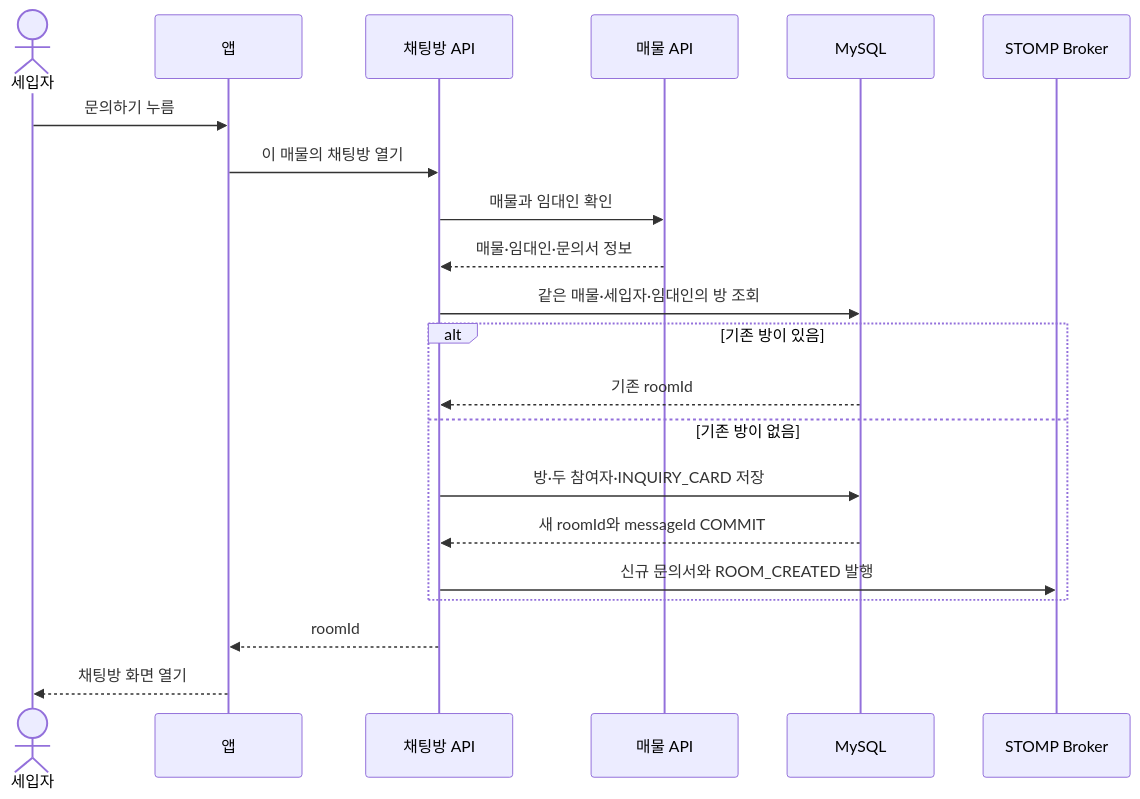
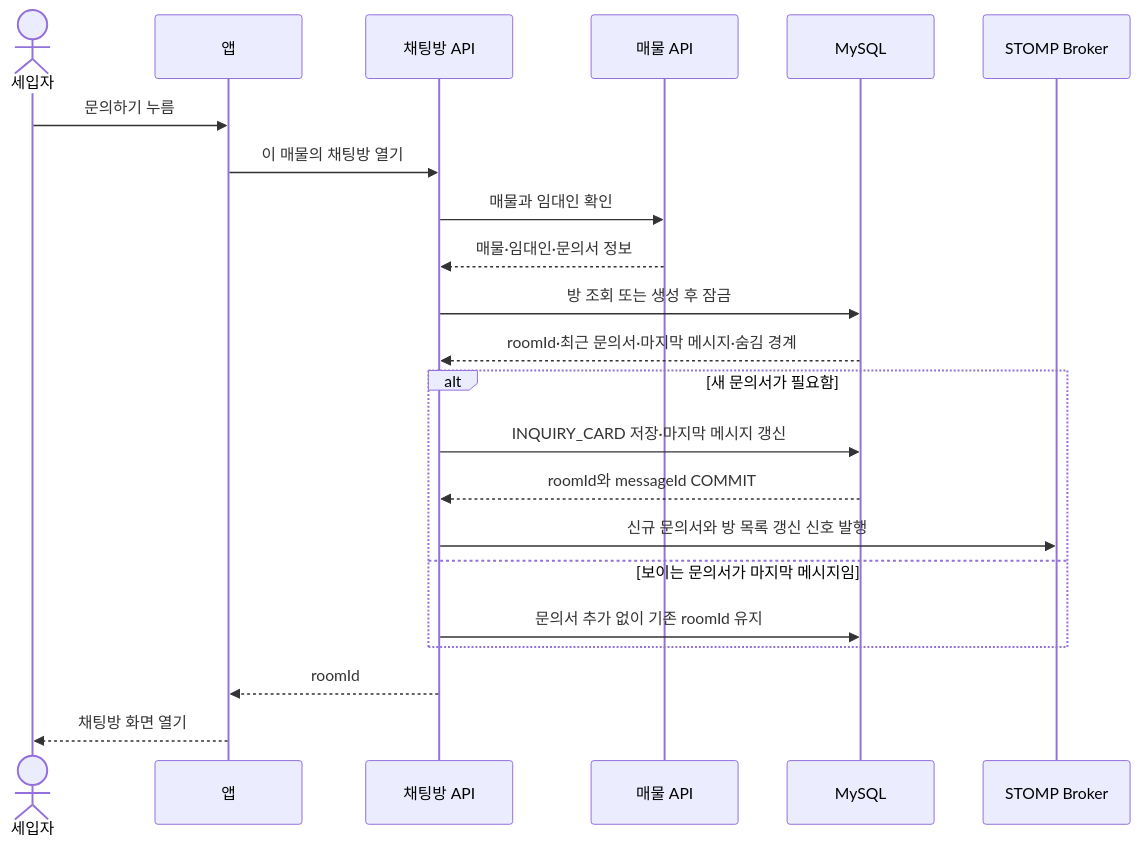
The first of 16 diagrams in docs/architecture/chat/05-sequence-diagrams.md (jameskim9509/Kohere-backend), drawn with Mermaid before and after one commit. The commit also changed other lines of this file and 28 other files, not shown here.

````diff
--- a/docs/architecture/chat/05-sequence-diagrams.md
+++ b/docs/architecture/chat/05-sequence-diagrams.md
@@ -12,26 +12,27 @@
 ```mermaid
 sequenceDiagram
     actor U as 세입자
     participant APP as 앱
     participant CHAT as 채팅방 API
     participant LIST as 매물 API
     participant DB as MySQL
     participant BROKER as STOMP Broker
 
     U->>APP: 문의하기 누름
     APP->>CHAT: 이 매물의 채팅방 열기
     CHAT->>LIST: 매물과 임대인 확인
     LIST-->>CHAT: 매물·임대인·문의서 정보
-    CHAT->>DB: 같은 매물·세입자·임대인의 방 조회
+    CHAT->>DB: 방 조회 또는 생성 후 잠금
+    DB-->>CHAT: roomId·최근 문의서·마지막 메시지·숨김 경계
 
-    alt 기존 방이 있음
-        DB-->>CHAT: 기존 roomId
-    else 기존 방이 없음
-        CHAT->>DB: 방·두 참여자·INQUIRY_CARD 저장
-        DB-->>CHAT: 새 roomId와 messageId COMMIT
-        CHAT->>BROKER: 신규 문의서와 ROOM_CREATED 발행
+    alt 새 문의서가 필요함
+        CHAT->>DB: INQUIRY_CARD 저장·마지막 메시지 갱신
+        DB-->>CHAT: roomId와 messageId COMMIT
+        CHAT->>BROKER: 신규 문의서와 방 목록 갱신 신호 발행
+    else 보이는 문의서가 마지막 메시지임
+        CHAT->>DB: 문의서 추가 없이 기존 roomId 유지
     end
 
     CHAT-->>APP: roomId
     APP-->>U: 채팅방 화면 열기
 ```
````
